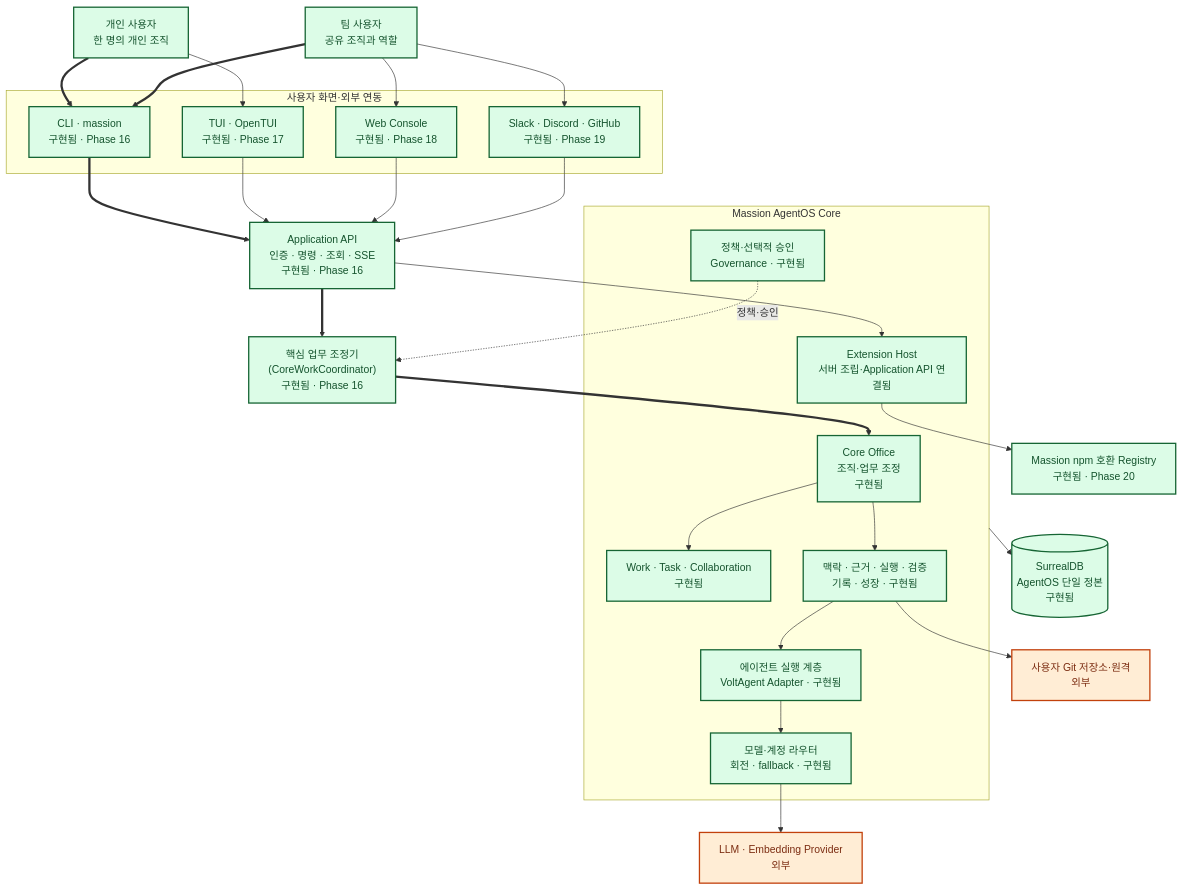
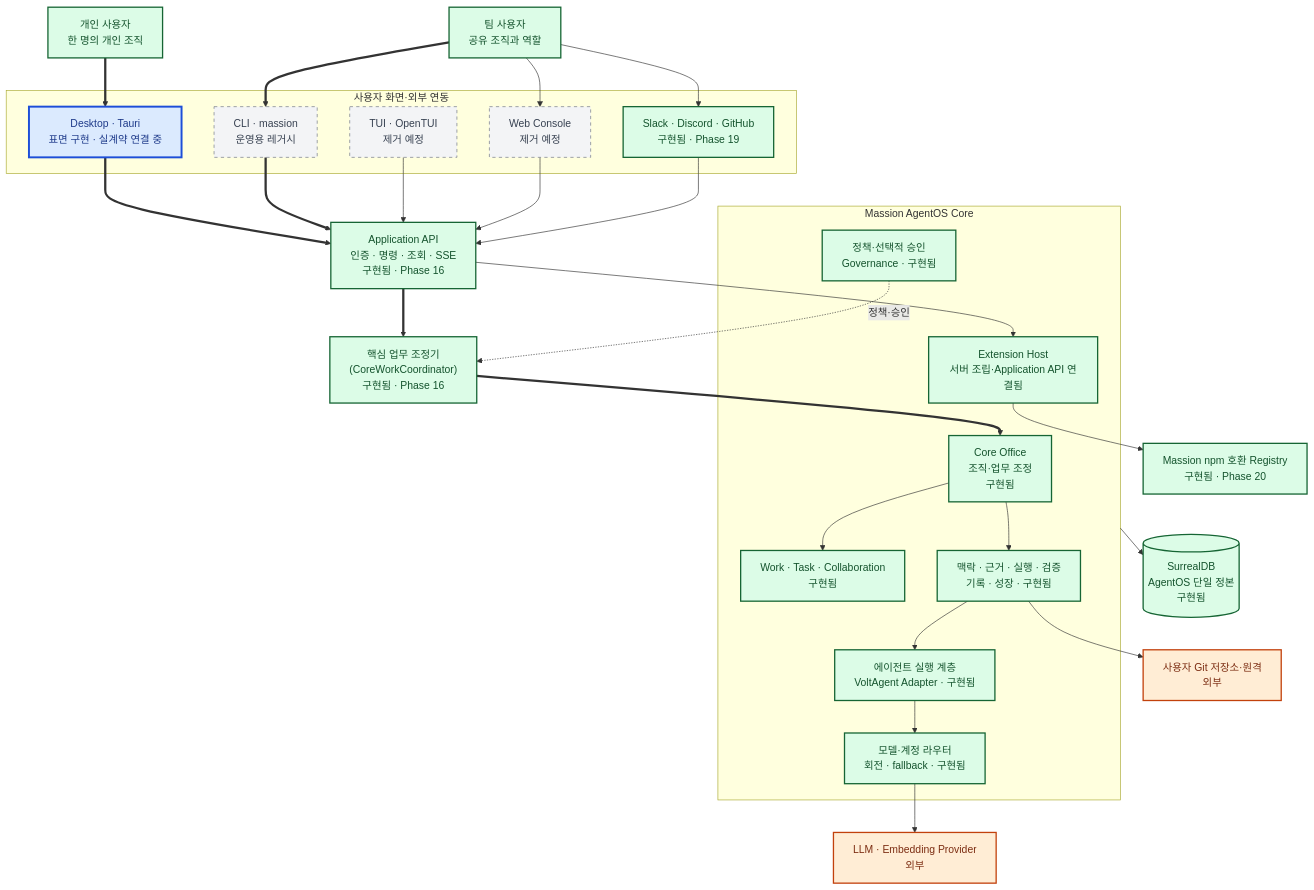
Before and after one commit to jabdori/massion: the first of 11 diagrams in docs/architecture/README.md, drawn with Mermaid. The commit also changed other lines of this file and 21 other files, not shown here.

````diff
--- a/docs/architecture/README.md
+++ b/docs/architecture/README.md
@@ -31,57 +32,58 @@
 ```mermaid
 flowchart TB
   classDef implemented fill:#dcfce7,stroke:#166534,color:#14532d,stroke-width:2px;
   classDef implementing fill:#dbeafe,stroke:#1d4ed8,color:#1e3a8a,stroke-width:3px;
   classDef planned fill:#f3f4f6,stroke:#6b7280,color:#374151,stroke-width:1px,stroke-dasharray:5 5;
   classDef external fill:#ffedd5,stroke:#c2410c,color:#7c2d12,stroke-width:2px;
 
   Person["개인 사용자<br/>한 명의 개인 조직"]:::implemented
   Team["팀 사용자<br/>공유 조직과 역할"]:::implemented
 
   subgraph Surfaces["사용자 화면·외부 연동"]
-    CLI["CLI · massion<br/>구현됨 · Phase 16"]:::implemented
-    TUI["TUI · OpenTUI<br/>구현됨 · Phase 17"]:::implemented
-    Web["Web Console<br/>구현됨 · Phase 18"]:::implemented
+    Desktop["Desktop · Tauri<br/>표면 구현 · 실계약 연결 중"]:::implementing
+    CLI["CLI · massion<br/>운영용 레거시"]:::planned
+    TUI["TUI · OpenTUI<br/>제거 예정"]:::planned
+    Web["Web Console<br/>제거 예정"]:::planned
     Channels["Slack · Discord · GitHub<br/>구현됨 · Phase 19"]:::implemented
   end
 
   API["Application API<br/>인증 · 명령 · 조회 · SSE<br/>구현됨 · Phase 16"]:::implemented
   Coordinator["핵심 업무 조정기<br/>(CoreWorkCoordinator)<br/>구현됨 · Phase 16"]:::implemented
 
   subgraph AgentOS["Massion AgentOS Core"]
     Office["Core Office<br/>조직·업무 조정<br/>구현됨"]:::implemented
     Work["Work · Task · Collaboration<br/>구현됨"]:::implemented
     Governance["정책·선택적 승인<br/>Governance · 구현됨"]:::implemented
     Intelligence["맥락 · 근거 · 실행 · 검증<br/>기록 · 성장 · 구현됨"]:::implemented
     Runtime["에이전트 실행 계층<br/>VoltAgent Adapter · 구현됨"]:::implemented
     Router["모델·계정 라우터<br/>회전 · fallback · 구현됨"]:::implemented
     ExtHost["Extension Host<br/>서버 조립·Application API 연결됨"]:::implemented
   end
 
   DB[("SurrealDB<br/>AgentOS 단일 정본<br/>구현됨")]:::implemented
   Registry["Massion npm 호환 Registry<br/>구현됨 · Phase 20"]:::implemented
   Providers["LLM · Embedding Provider<br/>외부"]:::external
   Git["사용자 Git 저장소·원격<br/>외부"]:::external
 
-  Person ==> CLI
+  Person ==> Desktop
   Team ==> CLI
-  Person --> TUI
   Team --> Web
   Team --> Channels
+  Desktop ==> API
   CLI ==> API
   TUI --> API
   Web --> API
   Channels --> API
   API ==> Coordinator
   Coordinator ==> Office
   Office --> Work
   Governance -. "정책·승인" .-> Coordinator
   Office --> Intelligence
   Intelligence --> Runtime
   Runtime --> Router
   API --> ExtHost
   AgentOS --> DB
   Router --> Providers
   ExtHost --> Registry
   Intelligence --> Git
 ```
````
